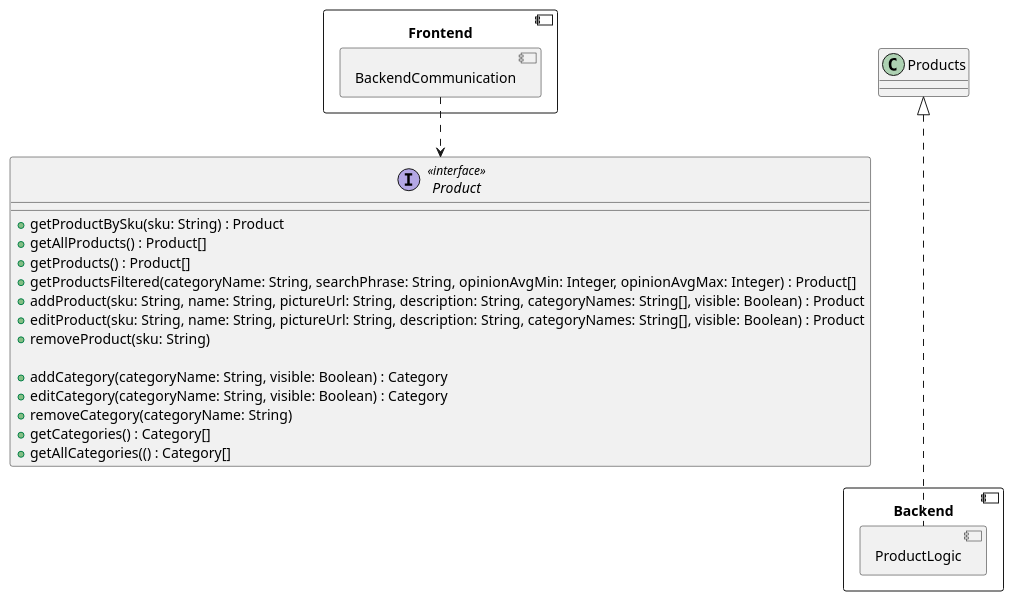
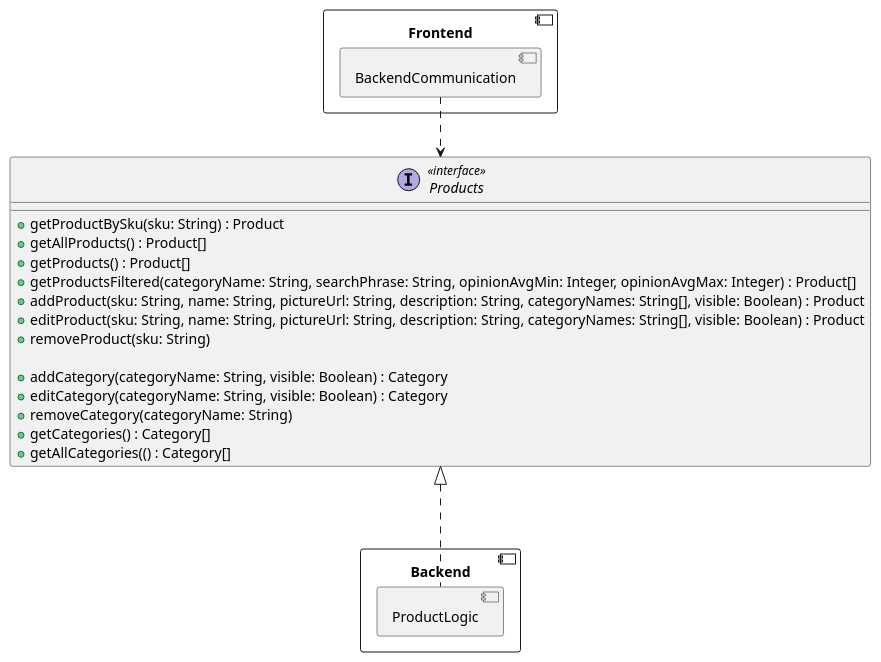
Before and after one commit to RadekBucki/OpinionCollectorArchitecture: the third of 6 diagrams in frontend/BackendCommunication.md, drawn with PlantUML. The commit also changed other lines of this file and 2 other files, not shown here.

````diff
--- a/frontend/BackendCommunication.md
+++ b/frontend/BackendCommunication.md
@@ -75,33 +74,33 @@
 ```plantuml
 @startuml
 component Frontend {
     component BackendCommunication {
     }
 }
 
 component Backend {
     component ProductLogic {
     }
 }
 
-interface Product <<interface>> {
+interface Products <<interface>> {
     + getProductBySku(sku: String) : Product
     + getAllProducts() : Product[]
     + getProducts() : Product[]
     + getProductsFiltered(categoryName: String, searchPhrase: String, opinionAvgMin: Integer, opinionAvgMax: Integer) : Product[]
     + addProduct(sku: String, name: String, pictureUrl: String, description: String, categoryNames: String[], visible: Boolean) : Product
     + editProduct(sku: String, name: String, pictureUrl: String, description: String, categoryNames: String[], visible: Boolean) : Product
     + removeProduct(sku: String)
     
     + addCategory(categoryName: String, visible: Boolean) : Category
     + editCategory(categoryName: String, visible: Boolean) : Category
     + removeCategory(categoryName: String)
     + getCategories() : Category[]
     + getAllCategories(() : Category[]
 }
 
-BackendCommunication ..>   Product
+BackendCommunication ..>   Products
 Products             <|... ProductLogic
 
 @enduml 
 ```
````
